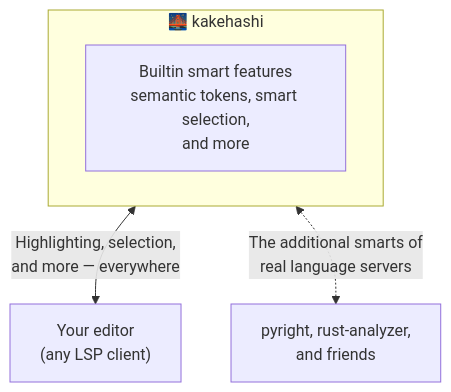
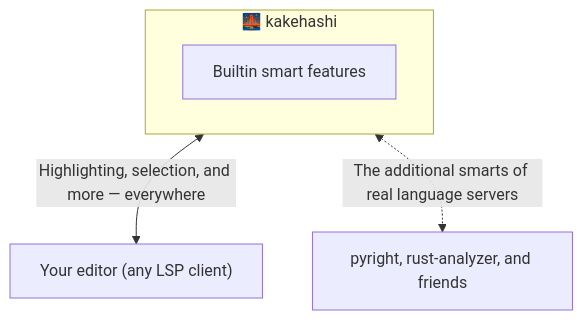
Before and after one commit to atusy/kakehashi: the diagram in README.md, drawn with Mermaid.

Commit message:
docs: simplify README diagram
Keep the nested diagram compact and avoid HTML line breaks because the target Mermaid renderer collapses them without spacing.

````diff
--- a/README.md
+++ b/README.md
@@ -11,9 +11,9 @@
 ```mermaid
 flowchart TB
     subgraph K["🌉 kakehashi"]
-        B["Builtin smart features<br>semantic tokens, smart selection,<br>and more"]
+        B["Builtin smart features"]
     end
 
-    K <-->|Highlighting, selection,<br>and more — everywhere| E["Your editor<br>(any LSP client)"]
-    K <-.->|The additional smarts of<br>real language servers| LS["pyright, rust-analyzer,<br>and friends"]
+    K <-->|Highlighting, selection, and more — everywhere| E["Your editor (any LSP client)"]
+    K <-.->|The additional smarts of real language servers| LS["pyright, rust-analyzer, and friends"]
 ```
````
